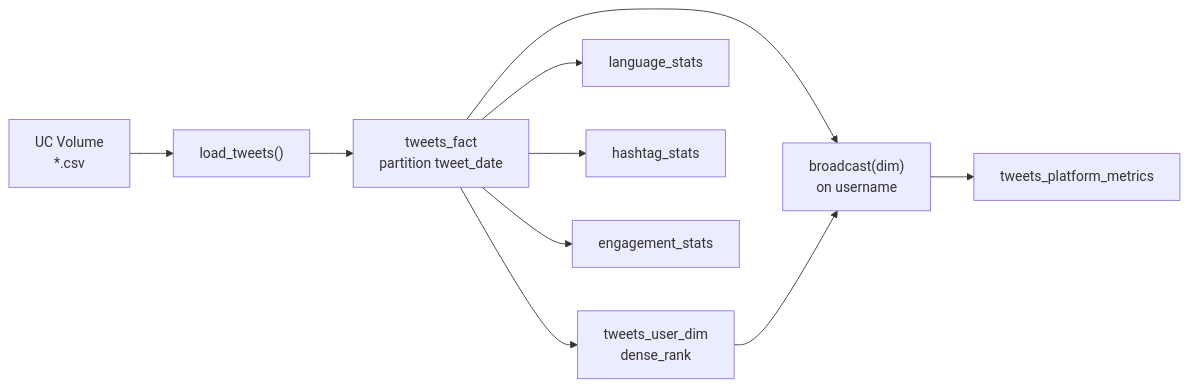
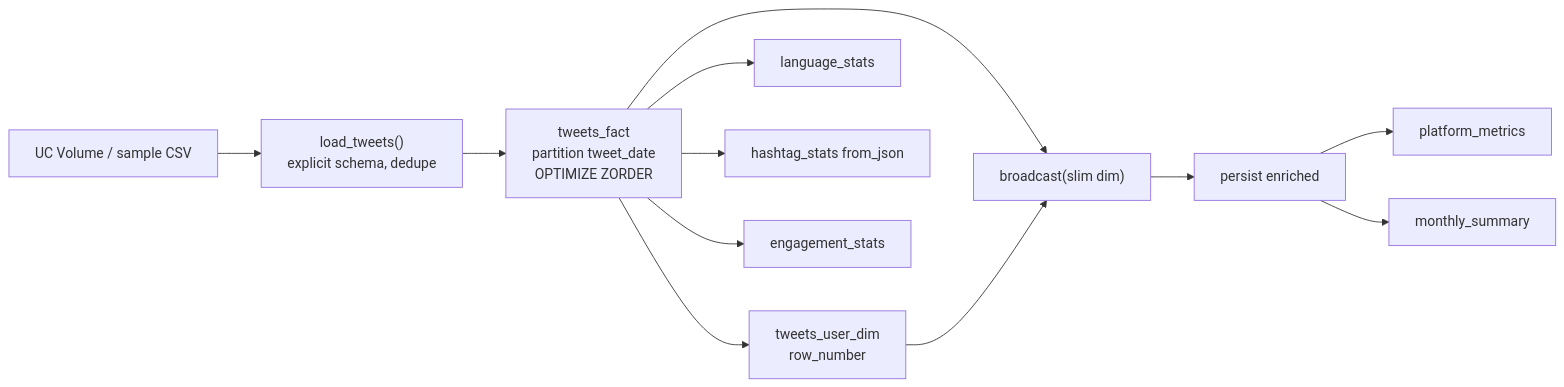
One commit to alperendavran/pyspark-tweets-star-schema changed the diagram in README.md. Above: the diagram before and after it, drawn with Mermaid. The commit also changed other lines of this file and 6 other files, not shown here.

````diff
--- a/README.md
+++ b/README.md
@@ -107,12 +119,14 @@
 ```mermaid
 flowchart LR
-  CSV["UC Volume\n*.csv"] --> INGEST["load_tweets()"]
-  INGEST --> FACT["tweets_fact\npartition tweet_date"]
-  FACT --> DIM["tweets_user_dim\ndense_rank"]
-  FACT --> JOIN["broadcast(dim)\non username"]
+  CSV["UC Volume / sample CSV"] --> INGEST["load_tweets()\nexplicit schema, dedupe"]
+  INGEST --> FACT["tweets_fact\npartition tweet_date\nOPTIMIZE ZORDER"]
+  FACT --> DIM["tweets_user_dim\nrow_number"]
+  FACT --> JOIN["broadcast(slim dim)"]
   DIM --> JOIN
-  JOIN --> KPI["tweets_platform_metrics"]
+  JOIN --> CACHE["persist enriched"]
+  CACHE --> KPI["platform_metrics"]
+  CACHE --> MONTH["monthly_summary"]
   FACT --> LANG["language_stats"]
-  FACT --> TAG["hashtag_stats"]
+  FACT --> TAG["hashtag_stats from_json"]
   FACT --> ENG["engagement_stats"]
 ```
````
